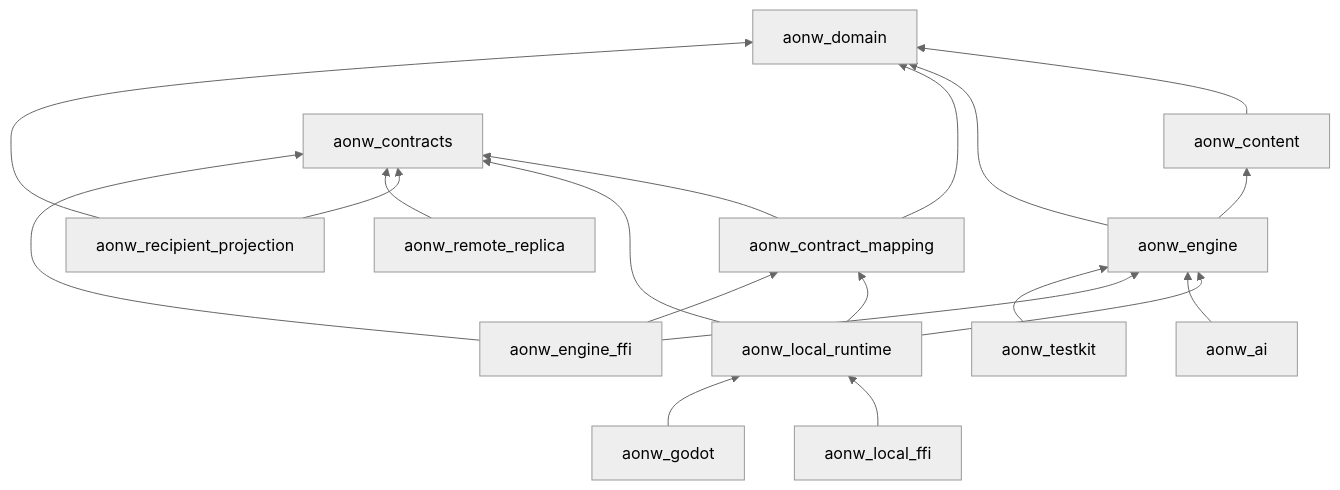
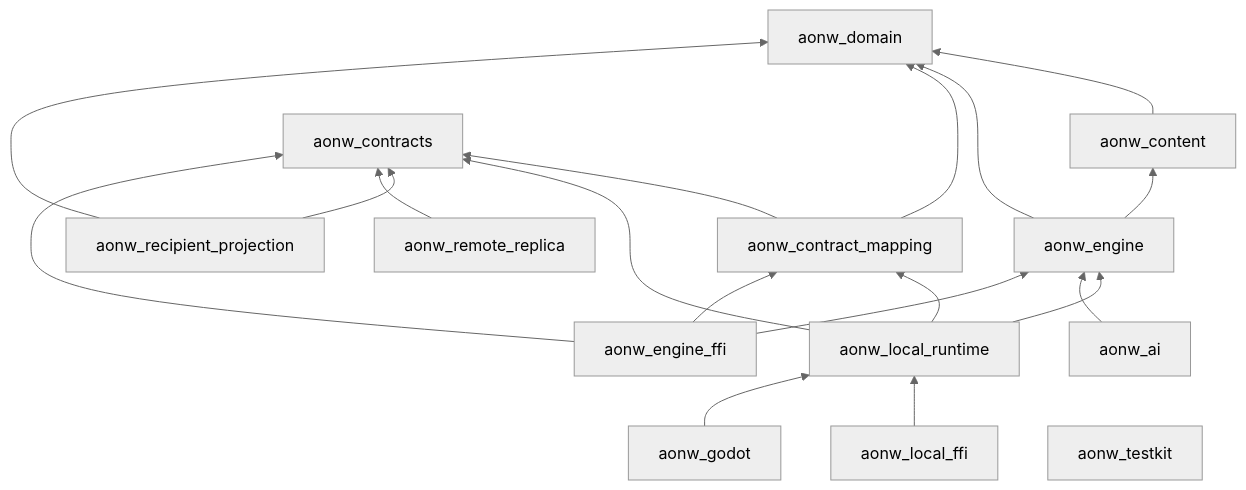
One commit to ernestwisniewski/aonw changed the second of 2 diagrams in docs/rust-engine-migration.md. Above: the diagram before and after it, drawn with Mermaid (neutral theme). The commit also changed other lines of this file and 11 other files, not shown here.

````diff
--- a/docs/rust-engine-migration.md
+++ b/docs/rust-engine-migration.md
@@ -319,23 +320,23 @@
 ```mermaid
 flowchart BT
   Domain["aonw_domain"]
   Content["aonw_content"] --> Domain
   Engine["aonw_engine"] --> Domain
   Engine --> Content
   Contracts["aonw_contracts"]
   Mapping["aonw_contract_mapping"] --> Contracts
   Mapping --> Domain
   Runtime["aonw_local_runtime"] --> Engine
   Runtime --> Contracts
   Runtime --> Mapping
   Projection["aonw_recipient_projection"] --> Domain
   Projection --> Contracts
   Remote["aonw_remote_replica"] --> Contracts
   AI["aonw_ai"] --> Engine
   EngineFfi["aonw_engine_ffi"] --> Engine
   EngineFfi --> Contracts
   EngineFfi --> Mapping
   LocalFfi["aonw_local_ffi"] --> Runtime
   Godot["aonw_godot"] --> Runtime
-  Testkit["aonw_testkit"] --> Engine
+  Testkit["aonw_testkit"]
 ```
````
